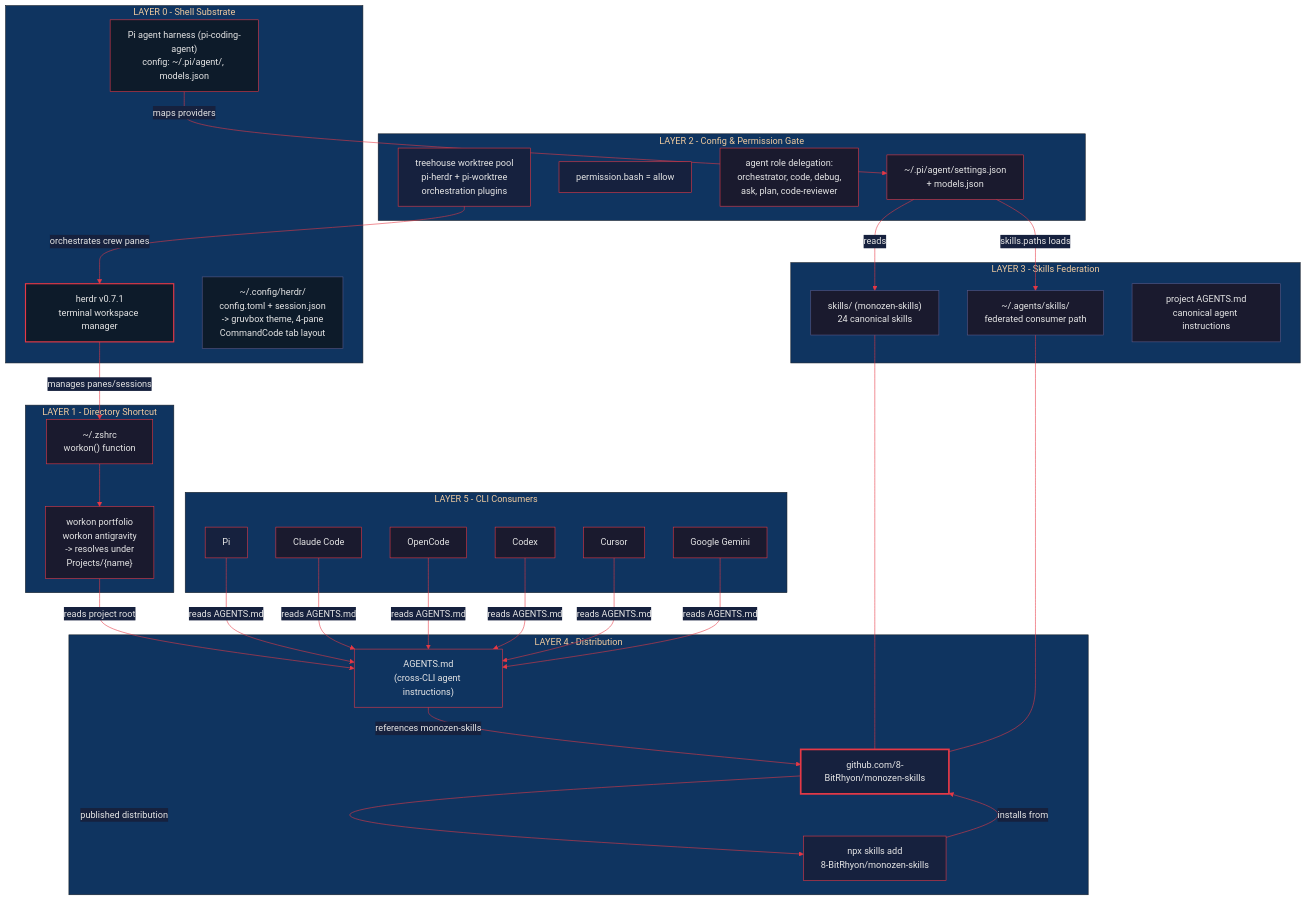
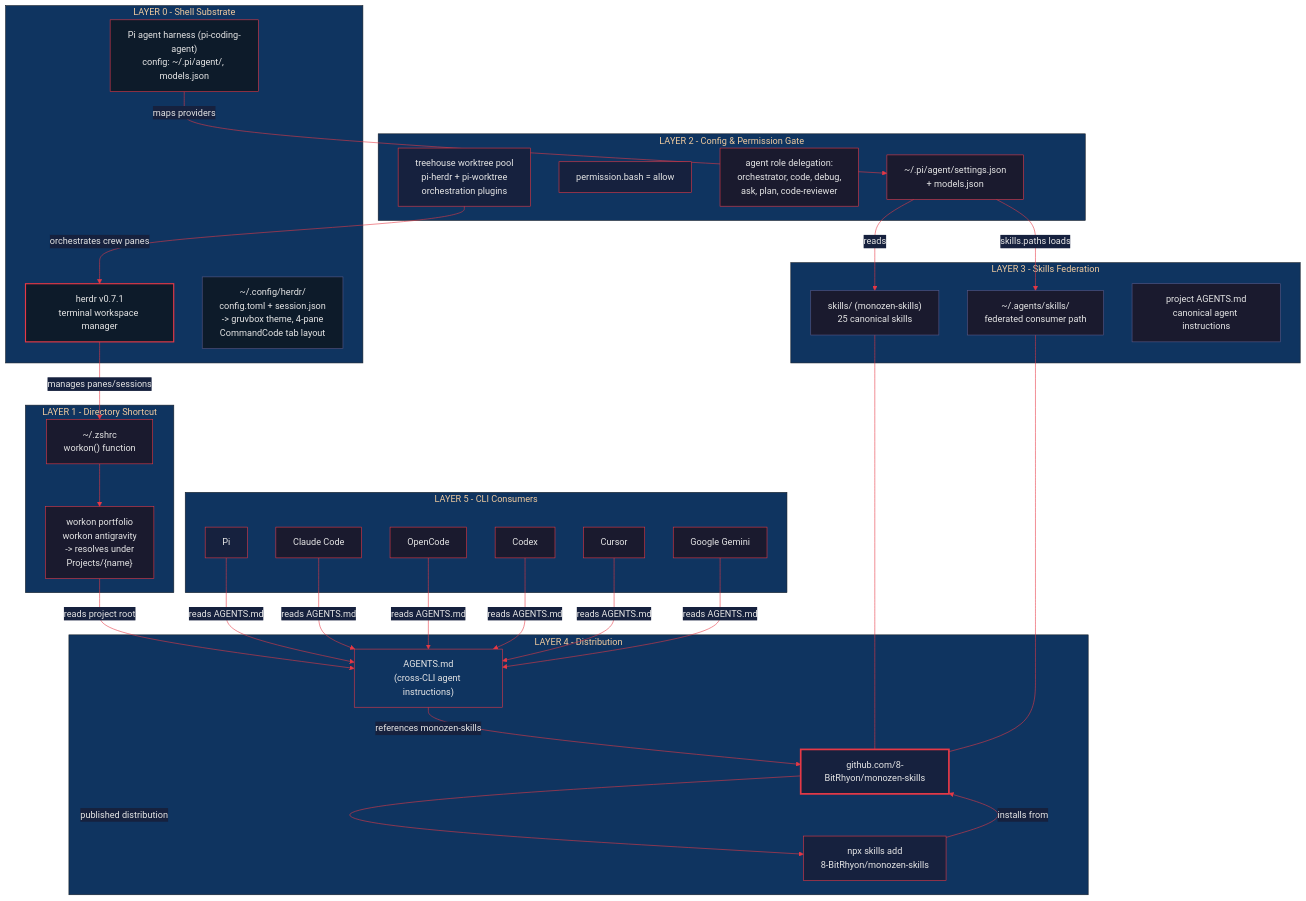
Before and after one commit to 8-BitRhyon/monozen-skills: the diagram in assets/monozen-skills-arch.mmd, drawn with Mermaid. The commit also changed 9 other files, not shown here.

```diff
--- a/assets/monozen-skills-arch.mmd
+++ b/assets/monozen-skills-arch.mmd
@@ -1,75 +1,75 @@
 %%{init: {'theme': 'base', 'themeVariables': {'primaryColor': '#1a1a2e', 'primaryTextColor': '#e6e6e6', 'primaryBorderColor': '#e63946', 'lineColor': '#e63946', 'secondaryColor': '#16213e', 'tertiaryColor': '#0f3460'}}}%%
 
 flowchart TB
     subgraph Layer0["LAYER 0 - Shell Substrate"]
         HR["herdr v0.7.1<br/>terminal workspace manager"]
         PIF["Pi agent harness (pi-coding-agent)<br/>config: ~/.pi/agent/, models.json"]
         HRCFG["~/.config/herdr/<br/>config.toml + session.json<br/>-> gruvbox theme, 4-pane<br/>  CommandCode tab layout"]
     end
 
     subgraph Layer1["LAYER 1 - Directory Shortcut"]
         ZS["~/.zshrc<br/>workon() function"]
         WU["workon portfolio<br/>workon antigravity<br/>-> resolves under<br/>Projects/{name}"]
     end
 
     subgraph Layer2["LAYER 2 - Config & Permission Gate"]
         KC["~/.pi/agent/settings.json<br/>+ models.json"]
         PERM["permission.bash = allow"]
         AGD["agent role delegation:<br/>orchestrator, code, debug,<br/>ask, plan, code-reviewer"]
         IDX["treehouse worktree pool<br/>pi-herdr + pi-worktree<br/>orchestration plugins"]
     end
 
     subgraph Layer3["LAYER 3 - Skills Federation"]
-        FS1["skills/ (monozen-skills)<br/>24 canonical skills"]
+        FS1["skills/ (monozen-skills)<br/>25 canonical skills"]
         FS2["~/.agents/skills/<br/>federated consumer path"]
         FS3["project AGENTS.md<br/>canonical agent instructions"]
     end
 
     subgraph Layer4["LAYER 4 - Distribution"]
         MS["github.com/8-BitRhyon/monozen-skills"]
         NPX["npx skills add<br/>8-BitRhyon/monozen-skills"]
         AG["AGENTS.md<br/>(cross-CLI agent instructions)"]
     end
 
     subgraph Layer5["LAYER 5 - CLI Consumers"]
         PI["Pi"]
         CC["Claude Code"]
         OC["OpenCode"]
         CX["Codex"]
         CU["Cursor"]
         GK["Google Gemini"]
     end
 
     HR -->|manages panes/sessions| ZS
     ZS --> WU
     WU -->|reads project root| AG
     AG -->|references monozen-skills| MS
     PIF -->|maps providers| KC
     KC -->|skills.paths loads| FS2
     KC -->|reads| FS1
     IDX -->|orchestrates crew panes| HR
     NPX -->|installs from| MS
     MS -->|published distribution| NPX
     FS1 --- MS
     FS2 --- MS
     PI -->|reads AGENTS.md| AG
     CC -->|reads AGENTS.md| AG
     OC -->|reads AGENTS.md| AG
     CX -->|reads AGENTS.md| AG
     CU -->|reads AGENTS.md| AG
     GK -->|reads AGENTS.md| AG
 
     style HR fill:#0d1b2a,stroke:#e63946,color:#e6e6e6,stroke-width:2px
     style PIF fill:#0d1b2a,stroke:#e63946,color:#e6e6e6
     style HRCFG fill:#0d1b2a,stroke:#5a5a8a,color:#e6e6e6
     style ZS fill:#1a1a2e,stroke:#e63946,color:#e6e6e6
     style KC fill:#1a1a2e,stroke:#e63946,color:#e6e6e6
     style MS fill:#16213e,stroke:#e63946,color:#e6e6e6,stroke-width:3px
     style AG fill:#0f3460,stroke:#e63946,color:#e6e6e6
     style NPX fill:#16213e,stroke:#e63946,color:#e6e6e6
     style FS1 fill:#1a1a2e,stroke:#5a5a8a,color:#e6e6e6
     style FS2 fill:#1a1a2e,stroke:#5a5a8a,color:#e6e6e6
     style FS3 fill:#1a1a2e,stroke:#5a5a8a,color:#e6e6e6
     style PI fill:#16213e,stroke:#e63946,color:#e6e6e6
     style PERM fill:#16213e,stroke:#e63946,color:#e6e6e6
     style IDX fill:#16213e,stroke:#e63946,color:#e6e6e6
```
